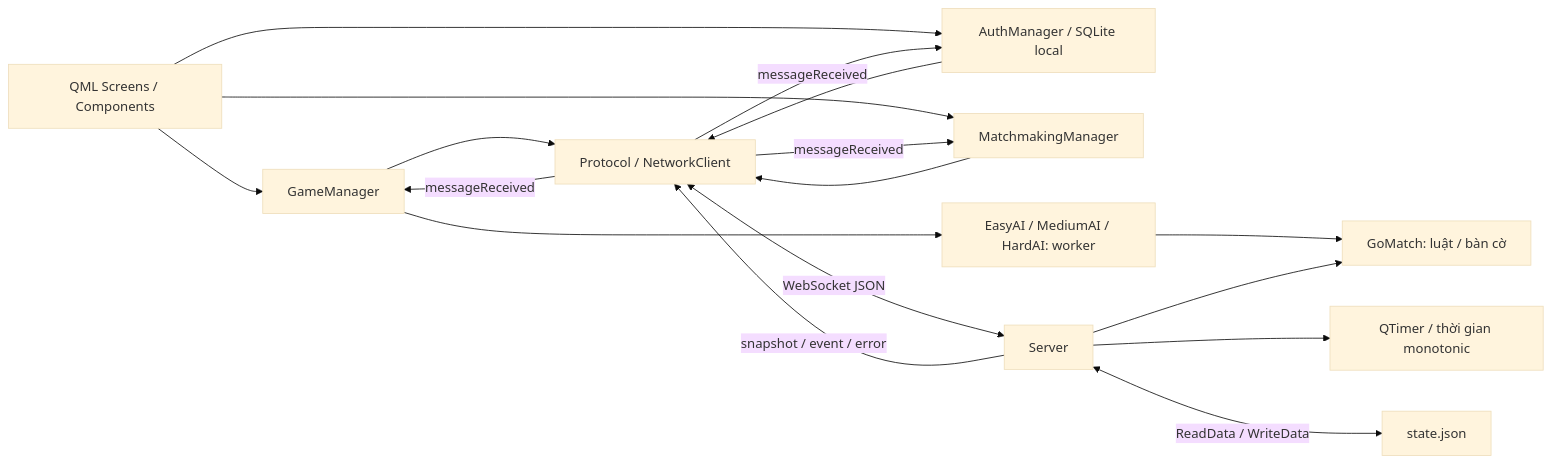
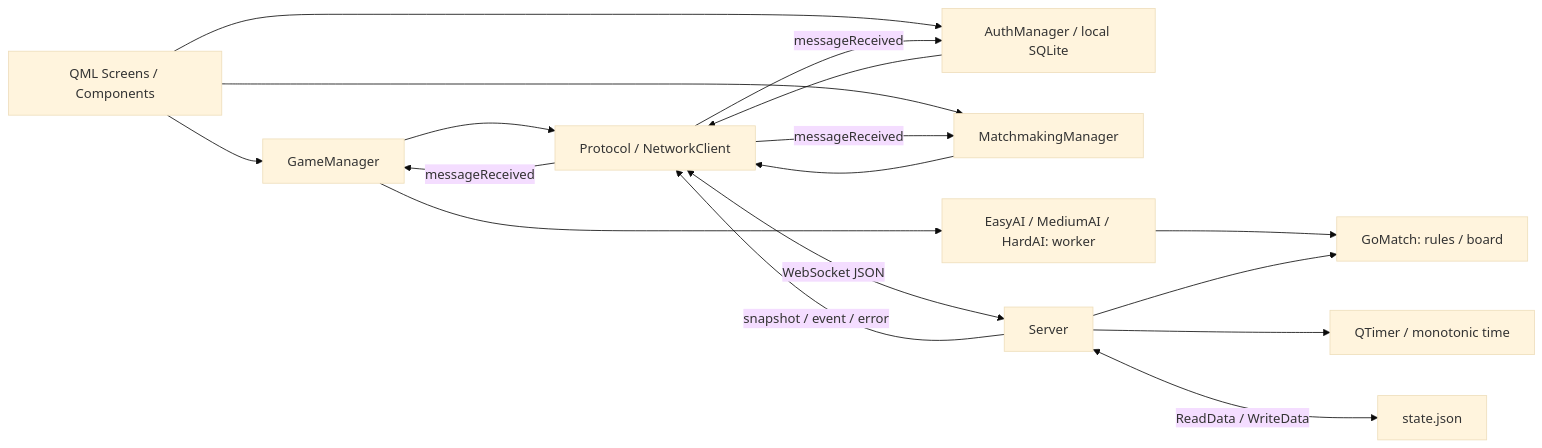
Before and after one commit to BunDauUwU/GoGame: the first of 2 diagrams in docs/ARCHITECTURE.md, drawn with Mermaid (base theme). The commit also changed other lines of this file and 16 other files, not shown here.

````diff
--- a/docs/ARCHITECTURE.md
+++ b/docs/ARCHITECTURE.md
@@ -7,19 +7,19 @@
 ```mermaid
 flowchart LR
     UI[QML Screens / Components] --> Game[GameManager]
-    UI --> Auth[AuthManager / SQLite local]
+    UI --> Auth[AuthManager / local SQLite]
     UI --> Queue[MatchmakingManager]
     Game --> AI[EasyAI / MediumAI / HardAI: worker]
     AI --> Rules
     Game --> Protocol[Protocol / NetworkClient]
     Auth --> Protocol
     Queue --> Protocol
     Protocol <-->|WebSocket JSON| Server[Server]
-    Server --> Rules[GoMatch: luật / bàn cờ]
-    Server --> Clock[QTimer / thời gian monotonic]
+    Server --> Rules[GoMatch: rules / board]
+    Server --> Clock[QTimer / monotonic time]
     Server <-->|ReadData / WriteData| File[state.json]
     Server -->|snapshot / event / error| Protocol
     Protocol -->|messageReceived| Game
     Protocol -->|messageReceived| Auth
     Protocol -->|messageReceived| Queue
 ```
````
